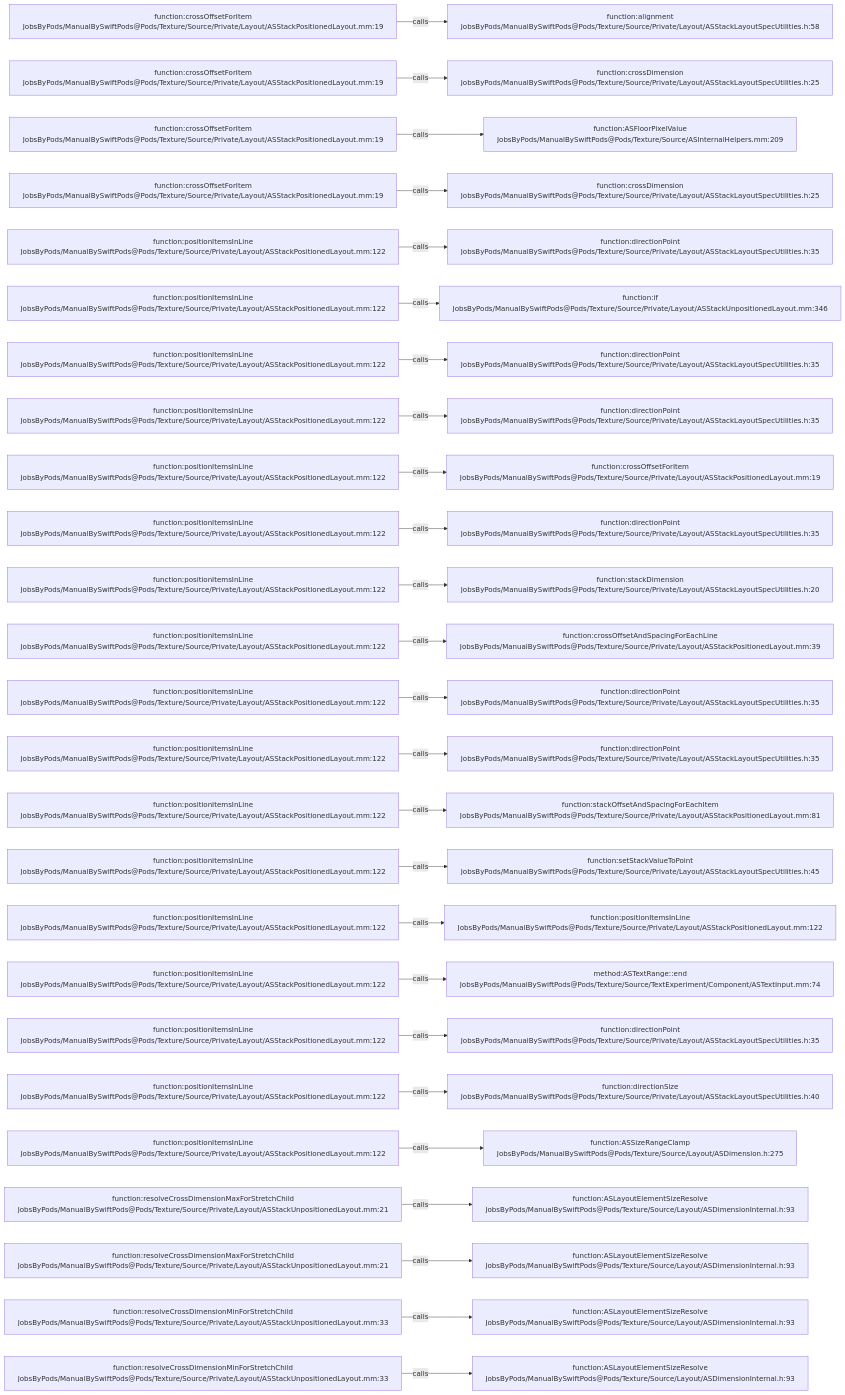
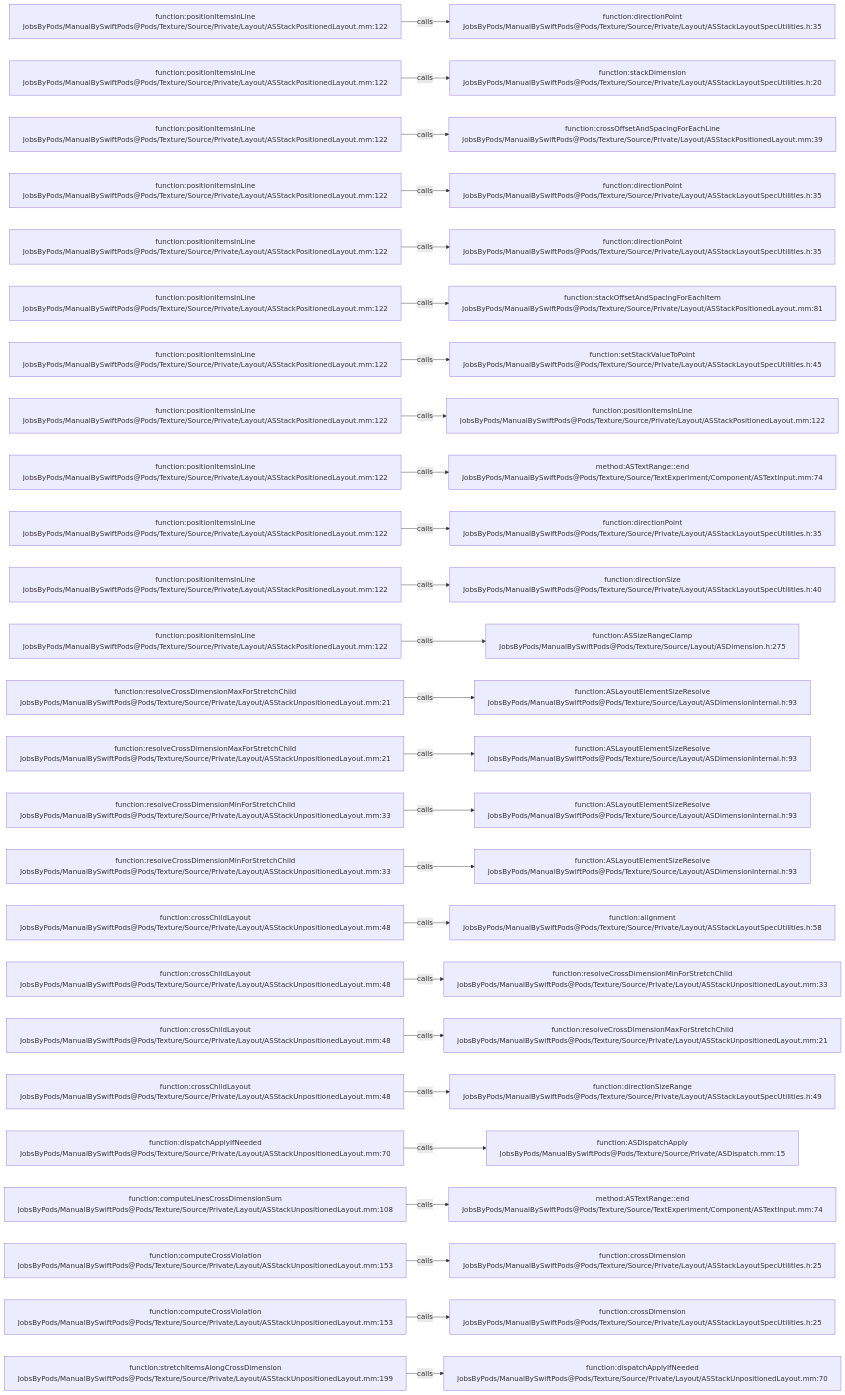
The diagram in .codegraph/codegraph.md/graphs/calls-124.md (JobsKits/JobsSwiftBaseConfigDemo), drawn with Mermaid before and after one commit. The commit also changed 707 other files, not shown here.

````diff
--- a/.codegraph/codegraph.md/graphs/calls-124.md
+++ b/.codegraph/codegraph.md/graphs/calls-124.md
@@ -13,78 +13,78 @@
 ```mermaid
 flowchart LR
-  S1["function:crossOffsetForItem<br/>JobsByPods/ManualBySwiftPods@Pods/Texture/Source/Private/Layout/ASStackPositionedLayout.mm:19"]
-  T1["function:alignment<br/>JobsByPods/ManualBySwiftPods@Pods/Texture/Source/Private/Layout/ASStackLayoutSpecUtilities.h:58"]
+  S1["function:positionItemsInLine<br/>JobsByPods/ManualBySwiftPods@Pods/Texture/Source/Private/Layout/ASStackPositionedLayout.mm:122"]
+  T1["function:directionPoint<br/>JobsByPods/ManualBySwiftPods@Pods/Texture/Source/Private/Layout/ASStackLayoutSpecUtilities.h:35"]
   S1 -->|calls| T1
-  S2["function:crossOffsetForItem<br/>JobsByPods/ManualBySwiftPods@Pods/Texture/Source/Private/Layout/ASStackPositionedLayout.mm:19"]
-  T2["function:crossDimension<br/>JobsByPods/ManualBySwiftPods@Pods/Texture/Source/Private/Layout/ASStackLayoutSpecUtilities.h:25"]
+  S2["function:positionItemsInLine<br/>JobsByPods/ManualBySwiftPods@Pods/Texture/Source/Private/Layout/ASStackPositionedLayout.mm:122"]
+  T2["function:stackDimension<br/>JobsByPods/ManualBySwiftPods@Pods/Texture/Source/Private/Layout/ASStackLayoutSpecUtilities.h:20"]
   S2 -->|calls| T2
-  S3["function:crossOffsetForItem<br/>JobsByPods/ManualBySwiftPods@Pods/Texture/Source/Private/Layout/ASStackPositionedLayout.mm:19"]
-  T3["function:ASFloorPixelValue<br/>JobsByPods/ManualBySwiftPods@Pods/Texture/Source/ASInternalHelpers.mm:209"]
+  S3["function:positionItemsInLine<br/>JobsByPods/ManualBySwiftPods@Pods/Texture/Source/Private/Layout/ASStackPositionedLayout.mm:122"]
+  T3["function:crossOffsetAndSpacingForEachLine<br/>JobsByPods/ManualBySwiftPods@Pods/Texture/Source/Private/Layout/ASStackPositionedLayout.mm:39"]
   S3 -->|calls| T3
-  S4["function:crossOffsetForItem<br/>JobsByPods/ManualBySwiftPods@Pods/Texture/Source/Private/Layout/ASStackPositionedLayout.mm:19"]
-  T4["function:crossDimension<br/>JobsByPods/ManualBySwiftPods@Pods/Texture/Source/Private/Layout/ASStackLayoutSpecUtilities.h:25"]
+  S4["function:positionItemsInLine<br/>JobsByPods/ManualBySwiftPods@Pods/Texture/Source/Private/Layout/ASStackPositionedLayout.mm:122"]
+  T4["function:directionPoint<br/>JobsByPods/ManualBySwiftPods@Pods/Texture/Source/Private/Layout/ASStackLayoutSpecUtilities.h:35"]
   S4 -->|calls| T4
   S5["function:positionItemsInLine<br/>JobsByPods/ManualBySwiftPods@Pods/Texture/Source/Private/Layout/ASStackPositionedLayout.mm:122"]
   T5["function:directionPoint<br/>JobsByPods/ManualBySwiftPods@Pods/Texture/Source/Private/Layout/ASStackLayoutSpecUtilities.h:35"]
   S5 -->|calls| T5
   S6["function:positionItemsInLine<br/>JobsByPods/ManualBySwiftPods@Pods/Texture/Source/Private/Layout/ASStackPositionedLayout.mm:122"]
-  T6["function:if<br/>JobsByPods/ManualBySwiftPods@Pods/Texture/Source/Private/Layout/ASStackUnpositionedLayout.mm:346"]
+  T6["function:stackOffsetAndSpacingForEachItem<br/>JobsByPods/ManualBySwiftPods@Pods/Texture/Source/Private/Layout/ASStackPositionedLayout.mm:81"]
   S6 -->|calls| T6
   S7["function:positionItemsInLine<br/>JobsByPods/ManualBySwiftPods@Pods/Texture/Source/Private/Layout/ASStackPositionedLayout.mm:122"]
-  T7["function:directionPoint<br/>JobsByPods/ManualBySwiftPods@Pods/Texture/Source/Private/Layout/ASStackLayoutSpecUtilities.h:35"]
+  T7["function:setStackValueToPoint<br/>JobsByPods/ManualBySwiftPods@Pods/Texture/Source/Private/Layout/ASStackLayoutSpecUtilities.h:45"]
   S7 -->|calls| T7
   S8["function:positionItemsInLine<br/>JobsByPods/ManualBySwiftPods@Pods/Texture/Source/Private/Layout/ASStackPositionedLayout.mm:122"]
-  T8["function:directionPoint<br/>JobsByPods/ManualBySwiftPods@Pods/Texture/Source/Private/Layout/ASStackLayoutSpecUtilities.h:35"]
+  T8["function:positionItemsInLine<br/>JobsByPods/ManualBySwiftPods@Pods/Texture/Source/Private/Layout/ASStackPositionedLayout.mm:122"]
   S8 -->|calls| T8
   S9["function:positionItemsInLine<br/>JobsByPods/ManualBySwiftPods@Pods/Texture/Source/Private/Layout/ASStackPositionedLayout.mm:122"]
-  T9["function:crossOffsetForItem<br/>JobsByPods/ManualBySwiftPods@Pods/Texture/Source/Private/Layout/ASStackPositionedLayout.mm:19"]
+  T9["method:ASTextRange::end<br/>JobsByPods/ManualBySwiftPods@Pods/Texture/Source/TextExperiment/Component/ASTextInput.mm:74"]
   S9 -->|calls| T9
   S10["function:positionItemsInLine<br/>JobsByPods/ManualBySwiftPods@Pods/Texture/Source/Private/Layout/ASStackPositionedLayout.mm:122"]
   T10["function:directionPoint<br/>JobsByPods/ManualBySwiftPods@Pods/Texture/Source/Private/Layout/ASStackLayoutSpecUtilities.h:35"]
   S10 -->|calls| T10
   S11["function:positionItemsInLine<br/>JobsByPods/ManualBySwiftPods@Pods/Texture/Source/Private/Layout/ASStackPositionedLayout.mm:122"]
-  T11["function:stackDimension<br/>JobsByPods/ManualBySwiftPods@Pods/Texture/Source/Private/Layout/ASStackLayoutSpecUtilities.h:20"]
+  T11["function:directionSize<br/>JobsByPods/ManualBySwiftPods@Pods/Texture/Source/Private/Layout/ASStackLayoutSpecUtilities.h:40"]
   S11 -->|calls| T11
   S12["function:positionItemsInLine<br/>JobsByPods/ManualBySwiftPods@Pods/Texture/Source/Private/Layout/ASStackPositionedLayout.mm:122"]
-  T12["function:crossOffsetAndSpacingForEachLine<br/>JobsByPods/ManualBySwiftPods@Pods/Texture/Source/Private/Layout/ASStackPositionedLayout.mm:39"]
+  T12["function:ASSizeRangeClamp<br/>JobsByPods/ManualBySwiftPods@Pods/Texture/Source/Layout/ASDimension.h:275"]
   S12 -->|calls| T12
-  S13["function:positionItemsInLine<br/>JobsByPods/ManualBySwiftPods@Pods/Texture/Source/Private/Layout/ASStackPositionedLayout.mm:122"]
-  T13["function:directionPoint<br/>JobsByPods/ManualBySwiftPods@Pods/Texture/Source/Private/Layout/ASStackLayoutSpecUtilities.h:35"]
+  S13["function:resolveCrossDimensionMaxForStretchChild<br/>JobsByPods/ManualBySwiftPods@Pods/Texture/Source/Private/Layout/ASStackUnpositionedLayout.mm:21"]
+  T13["function:ASLayoutElementSizeResolve<br/>JobsByPods/ManualBySwiftPods@Pods/Texture/Source/Layout/ASDimensionInternal.h:93"]
   S13 -->|calls| T13
-  S14["function:positionItemsInLine<br/>JobsByPods/ManualBySwiftPods@Pods/Texture/Source/Private/Layout/ASStackPositionedLayout.mm:122"]
-  T14["function:directionPoint<br/>JobsByPods/ManualBySwiftPods@Pods/Texture/Source/Private/Layout/ASStackLayoutSpecUtilities.h:35"]
+  S14["function:resolveCrossDimensionMaxForStretchChild<br/>JobsByPods/ManualBySwiftPods@Pods/Texture/Source/Private/Layout/ASStackUnpositionedLayout.mm:21"]
+  T14["function:ASLayoutElementSizeResolve<br/>JobsByPods/ManualBySwiftPods@Pods/Texture/Source/Layout/ASDimensionInternal.h:93"]
   S14 -->|calls| T14
-  S15["function:positionItemsInLine<br/>JobsByPods/ManualBySwiftPods@Pods/Texture/Source/Private/Layout/ASStackPositionedLayout.mm:122"]
-  T15["function:stackOffsetAndSpacingForEachItem<br/>JobsByPods/ManualBySwiftPods@Pods/Texture/Source/Private/Layout/ASStackPositionedLayout.mm:81"]
+  S15["function:resolveCrossDimensionMinForStretchChild<br/>JobsByPods/ManualBySwiftPods@Pods/Texture/Source/Private/Layout/ASStackUnpositionedLayout.mm:33"]
+  T15["function:ASLayoutElementSizeResolve<br/>JobsByPods/ManualBySwiftPods@Pods/Texture/Source/Layout/ASDimensionInternal.h:93"]
   S15 -->|calls| T15
-  S16["function:positionItemsInLine<br/>JobsByPods/ManualBySwiftPods@Pods/Texture/Source/Private/Layout/ASStackPositionedLayout.mm:122"]
-  T16["function:setStackValueToPoint<br/>JobsByPods/ManualBySwiftPods@Pods/Texture/Source/Private/Layout/ASStackLayoutSpecUtilities.h:45"]
+  S16["function:resolveCrossDimensionMinForStretchChild<br/>JobsByPods/ManualBySwiftPods@Pods/Texture/Source/Private/Layout/ASStackUnpositionedLayout.mm:33"]
+  T16["function:ASLayoutElementSizeResolve<br/>JobsByPods/ManualBySwiftPods@Pods/Texture/Source/Layout/ASDimensionInternal.h:93"]
   S16 -->|calls| T16
-  S17["function:positionItemsInLine<br/>JobsByPods/ManualBySwiftPods@Pods/Texture/Source/Private/Layout/ASStackPositionedLayout.mm:122"]
-  T17["function:positionItemsInLine<br/>JobsByPods/ManualBySwiftPods@Pods/Texture/Source/Private/Layout/ASStackPositionedLayout.mm:122"]
+  S17["function:crossChildLayout<br/>JobsByPods/ManualBySwiftPods@Pods/Texture/Source/Private/Layout/ASStackUnpositionedLayout.mm:48"]
+  T17["function:alignment<br/>JobsByPods/ManualBySwiftPods@Pods/Texture/Source/Private/Layout/ASStackLayoutSpecUtilities.h:58"]
   S17 -->|calls| T17
-  S18["function:positionItemsInLine<br/>JobsByPods/ManualBySwiftPods@Pods/Texture/Source/Private/Layout/ASStackPositionedLayout.mm:122"]
-  T18["method:ASTextRange::end<br/>JobsByPods/ManualBySwiftPods@Pods/Texture/Source/TextExperiment/Component/ASTextInput.mm:74"]
+  S18["function:crossChildLayout<br/>JobsByPods/ManualBySwiftPods@Pods/Texture/Source/Private/Layout/ASStackUnpositionedLayout.mm:48"]
+  T18["function:resolveCrossDimensionMinForStretchChild<br/>JobsByPods/ManualBySwiftPods@Pods/Texture/Source/Private/Layout/ASStackUnpositionedLayout.mm:33"]
   S18 -->|calls| T18
-  S19["function:positionItemsInLine<br/>JobsByPods/ManualBySwiftPods@Pods/Texture/Source/Private/Layout/ASStackPositionedLayout.mm:122"]
-  T19["function:directionPoint<br/>JobsByPods/ManualBySwiftPods@Pods/Texture/Source/Private/Layout/ASStackLayoutSpecUtilities.h:35"]
+  S19["function:crossChildLayout<br/>JobsByPods/ManualBySwiftPods@Pods/Texture/Source/Private/Layout/ASStackUnpositionedLayout.mm:48"]
+  T19["function:resolveCrossDimensionMaxForStretchChild<br/>JobsByPods/ManualBySwiftPods@Pods/Texture/Source/Private/Layout/ASStackUnpositionedLayout.mm:21"]
   S19 -->|calls| T19
-  S20["function:positionItemsInLine<br/>JobsByPods/ManualBySwiftPods@Pods/Texture/Source/Private/Layout/ASStackPositionedLayout.mm:122"]
-  T20["function:directionSize<br/>JobsByPods/ManualBySwiftPods@Pods/Texture/Source/Private/Layout/ASStackLayoutSpecUtilities.h:40"]
+  S20["function:crossChildLayout<br/>JobsByPods/ManualBySwiftPods@Pods/Texture/Source/Private/Layout/ASStackUnpositionedLayout.mm:48"]
+  T20["function:directionSizeRange<br/>JobsByPods/ManualBySwiftPods@Pods/Texture/Source/Private/Layout/ASStackLayoutSpecUtilities.h:49"]
   S20 -->|calls| T20
-  S21["function:positionItemsInLine<br/>JobsByPods/ManualBySwiftPods@Pods/Texture/Source/Private/Layout/ASStackPositionedLayout.mm:122"]
-  T21["function:ASSizeRangeClamp<br/>JobsByPods/ManualBySwiftPods@Pods/Texture/Source/Layout/ASDimension.h:275"]
+  S21["function:dispatchApplyIfNeeded<br/>JobsByPods/ManualBySwiftPods@Pods/Texture/Source/Private/Layout/ASStackUnpositionedLayout.mm:70"]
+  T21["function:ASDispatchApply<br/>JobsByPods/ManualBySwiftPods@Pods/Texture/Source/Private/ASDispatch.mm:15"]
   S21 -->|calls| T21
-  S22["function:resolveCrossDimensionMaxForStretchChild<br/>JobsByPods/ManualBySwiftPods@Pods/Texture/Source/Private/Layout/ASStackUnpositionedLayout.mm:21"]
-  T22["function:ASLayoutElementSizeResolve<br/>JobsByPods/ManualBySwiftPods@Pods/Texture/Source/Layout/ASDimensionInternal.h:93"]
+  S22["function:computeLinesCrossDimensionSum<br/>JobsByPods/ManualBySwiftPods@Pods/Texture/Source/Private/Layout/ASStackUnpositionedLayout.mm:108"]
+  T22["method:ASTextRange::end<br/>JobsByPods/ManualBySwiftPods@Pods/Texture/Source/TextExperiment/Component/ASTextInput.mm:74"]
   S22 -->|calls| T22
-  S23["function:resolveCrossDimensionMaxForStretchChild<br/>JobsByPods/ManualBySwiftPods@Pods/Texture/Source/Private/Layout/ASStackUnpositionedLayout.mm:21"]
-  T23["function:ASLayoutElementSizeResolve<br/>JobsByPods/ManualBySwiftPods@Pods/Texture/Source/Layout/ASDimensionInternal.h:93"]
+  S23["function:computeCrossViolation<br/>JobsByPods/ManualBySwiftPods@Pods/Texture/Source/Private/Layout/ASStackUnpositionedLayout.mm:153"]
+  T23["function:crossDimension<br/>JobsByPods/ManualBySwiftPods@Pods/Texture/Source/Private/Layout/ASStackLayoutSpecUtilities.h:25"]
   S23 -->|calls| T23
-  S24["function:resolveCrossDimensionMinForStretchChild<br/>JobsByPods/ManualBySwiftPods@Pods/Texture/Source/Private/Layout/ASStackUnpositionedLayout.mm:33"]
-  T24["function:ASLayoutElementSizeResolve<br/>JobsByPods/ManualBySwiftPods@Pods/Texture/Source/Layout/ASDimensionInternal.h:93"]
+  S24["function:computeCrossViolation<br/>JobsByPods/ManualBySwiftPods@Pods/Texture/Source/Private/Layout/ASStackUnpositionedLayout.mm:153"]
+  T24["function:crossDimension<br/>JobsByPods/ManualBySwiftPods@Pods/Texture/Source/Private/Layout/ASStackLayoutSpecUtilities.h:25"]
   S24 -->|calls| T24
-  S25["function:resolveCrossDimensionMinForStretchChild<br/>JobsByPods/ManualBySwiftPods@Pods/Texture/Source/Private/Layout/ASStackUnpositionedLayout.mm:33"]
-  T25["function:ASLayoutElementSizeResolve<br/>JobsByPods/ManualBySwiftPods@Pods/Texture/Source/Layout/ASDimensionInternal.h:93"]
+  S25["function:stretchItemsAlongCrossDimension<br/>JobsByPods/ManualBySwiftPods@Pods/Texture/Source/Private/Layout/ASStackUnpositionedLayout.mm:199"]
+  T25["function:dispatchApplyIfNeeded<br/>JobsByPods/ManualBySwiftPods@Pods/Texture/Source/Private/Layout/ASStackUnpositionedLayout.mm:70"]
   S25 -->|calls| T25
 ```
````
